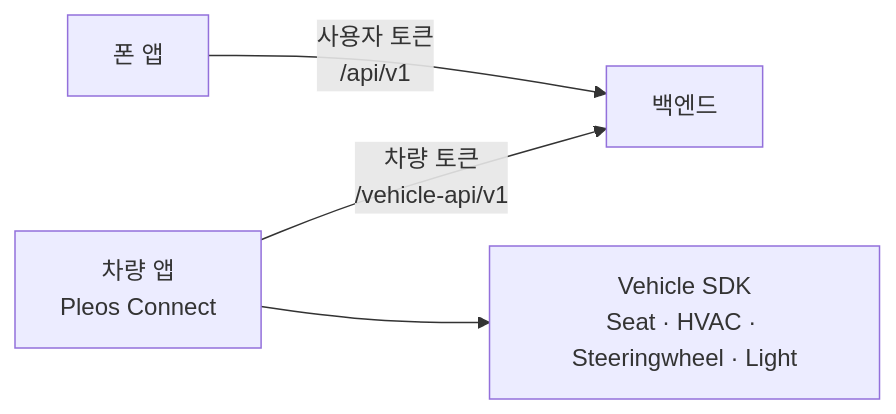
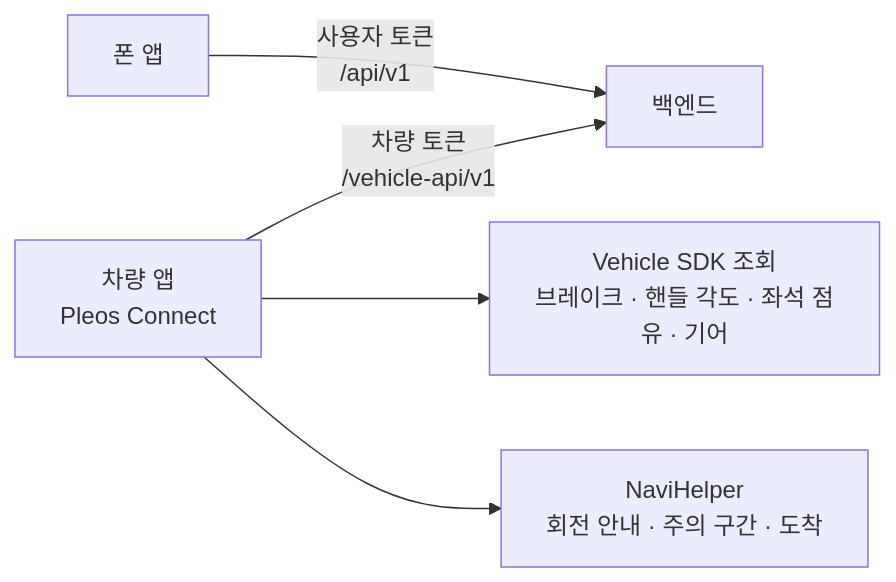
One commit to HyunPer/BE changed the first of 4 diagrams in docs/DESIGN.md. Above: the diagram before and after it, drawn with Mermaid. The commit also changed other lines of this file and 47 other files, not shown here.

````diff
--- a/docs/DESIGN.md
+++ b/docs/DESIGN.md
@@ -9,6 +9,7 @@
 ```mermaid
 flowchart LR
   P[폰 앱] -- 사용자 토큰<br>/api/v1 --> S[백엔드]
   V[차량 앱<br>Pleos Connect] -- 차량 토큰<br>/vehicle-api/v1 --> S
-  V --> SDK[Vehicle SDK<br>Seat · HVAC · Steeringwheel · Light]
+  V --> SDK[Vehicle SDK 조회<br>브레이크 · 핸들 각도 · 좌석 점유 · 기어]
+  V --> NAVI[NaviHelper<br>회전 안내 · 주의 구간 · 도착]
 ```
````
